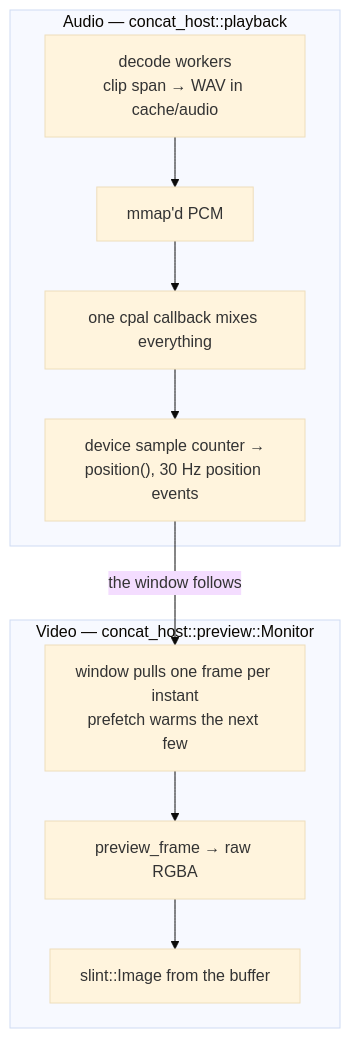
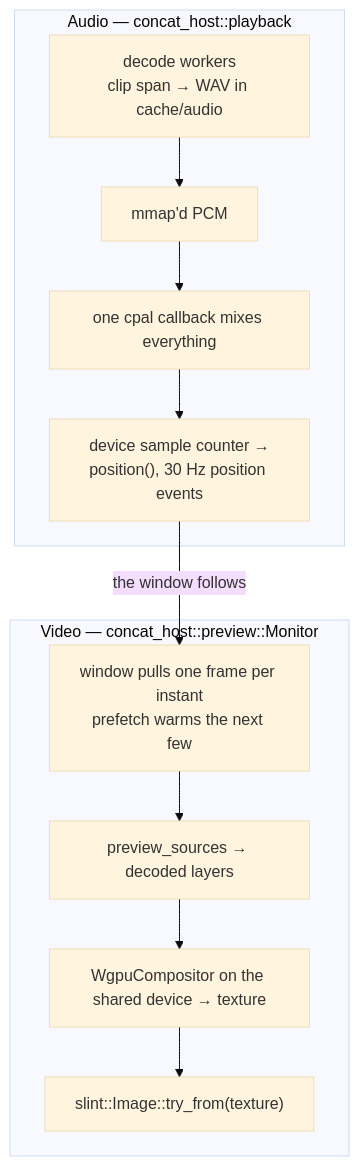
Before and after one commit to Mehdidjah/Concat-app: the third of 3 diagrams in ARCHITECTURE.md, drawn with Mermaid (base theme). The commit also changed other lines of this file and 12 other files, not shown here.

````diff
--- a/ARCHITECTURE.md
+++ b/ARCHITECTURE.md
@@ -205,17 +205,18 @@
 ```mermaid
 flowchart TB
     subgraph AUDIO["Audio — concat_host::playback"]
         DEC["decode workers<br/>clip span → WAV in cache/audio"]
         MMAP["mmap'd PCM"]
         CPAL["one cpal callback mixes everything"]
         CLK["device sample counter →<br/>position(), 30 Hz position events"]
         DEC --> MMAP --> CPAL --> CLK
     end
     subgraph VIDEO["Video — concat_host::preview::Monitor"]
         PULL["window pulls one frame per instant<br/>prefetch warms the next few"]
-        PF["preview_frame → raw RGBA"]
-        IMG["slint::Image from the buffer"]
-        PULL --> PF --> IMG
+        PF["preview_sources → decoded layers"]
+        TEX["WgpuCompositor on the shared device → texture"]
+        IMG["slint::Image::try_from(texture)"]
+        PULL --> PF --> TEX --> IMG
     end
     CLK -- "the window follows" --> PULL
 ```
````
